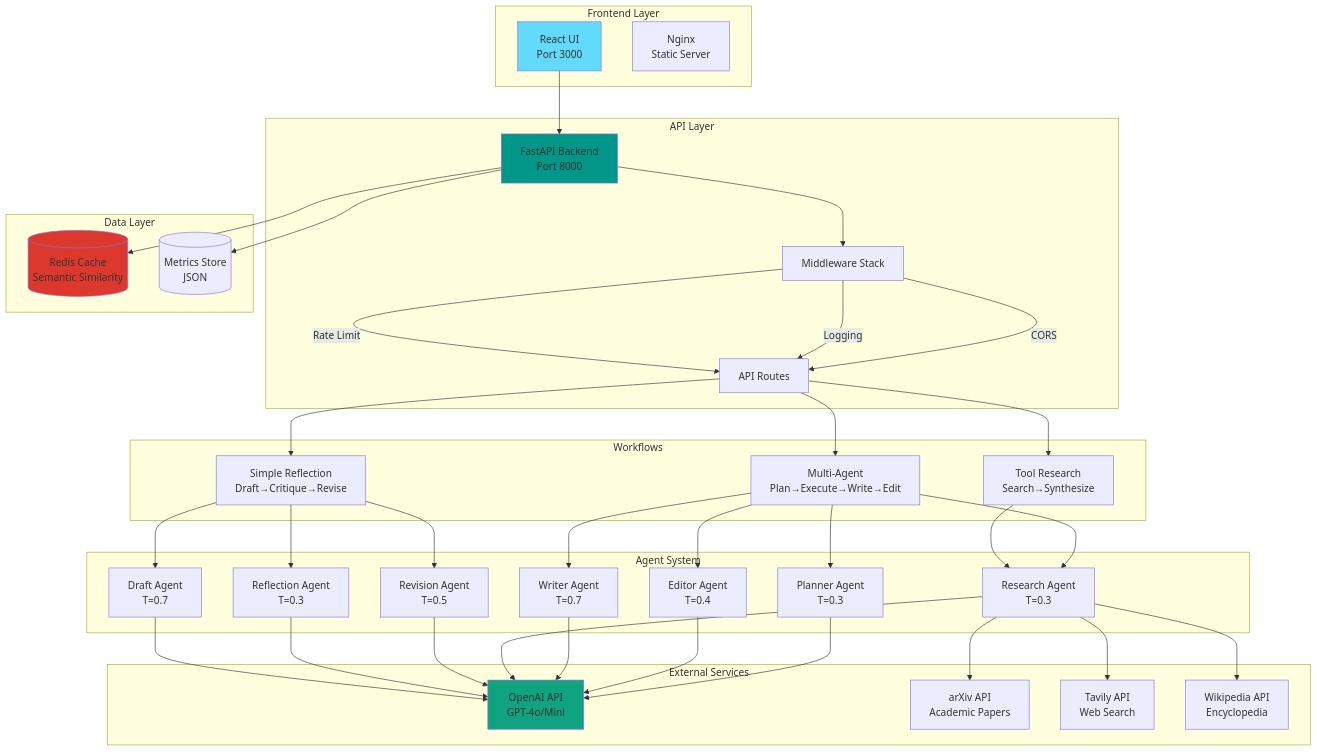
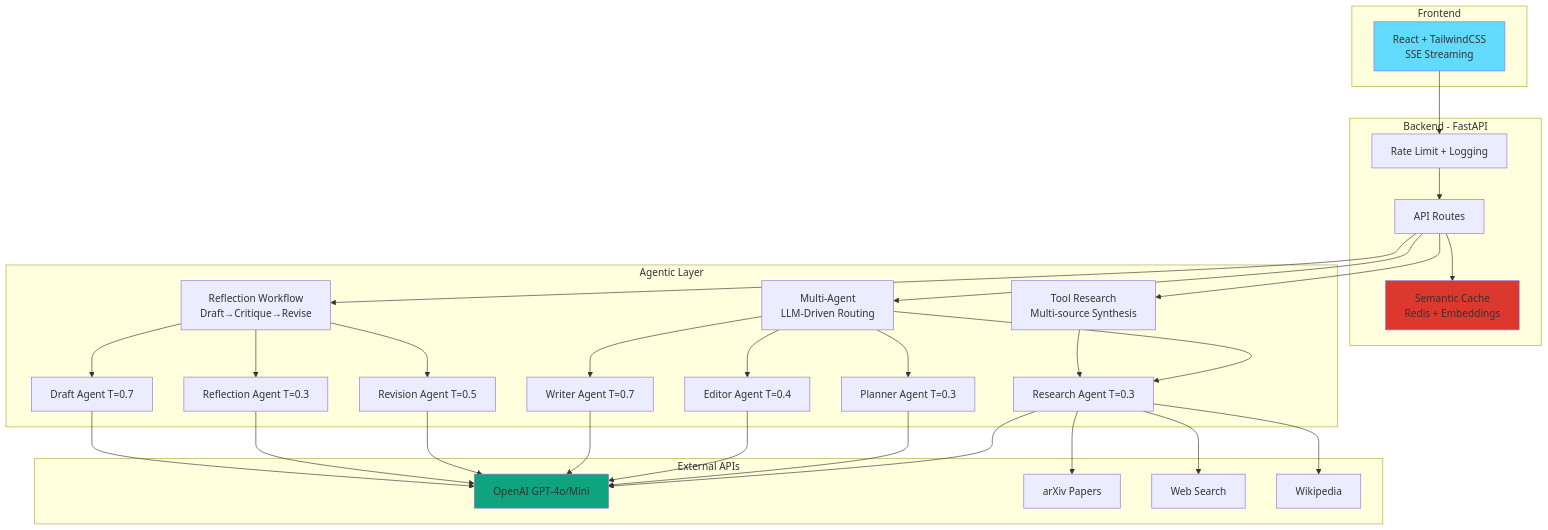
Before and after one commit to asall94/agentic-ai-research-platform: the diagram in README.md, drawn with Mermaid. The commit also changed other lines of this file and 23 other files, not shown here.

Commit message:
Add real-time streaming progress display for Tool Research and Multi-Agent workflows

````diff
--- a/README.md
+++ b/README.md
@@ -17,81 +42,50 @@
 ```mermaid
 graph TB
-    subgraph "Frontend Layer"
-        UI[React UI<br/>Port 3000]
-        NGINX[Nginx<br/>Static Server]
+    subgraph "Frontend"
+        UI[React + TailwindCSS<br/>SSE Streaming]
     end
     
-    subgraph "API Layer"
-        API[FastAPI Backend<br/>Port 8000]
-        MIDDLEWARE[Middleware Stack]
-        ROUTES[API Routes]
+    subgraph "Backend - FastAPI"
+        API[API Routes]
+        CACHE[Semantic Cache<br/>Redis + Embeddings]
+        MIDDLEWARE[Rate Limit + Logging]
     end
     
-    subgraph "Agent System"
-        DRAFT[Draft Agent<br/>T=0.7]
-        REFLECT[Reflection Agent<br/>T=0.3]
-        REVISE[Revision Agent<br/>T=0.5]
-        RESEARCH[Research Agent<br/>T=0.3]
-        WRITER[Writer Agent<br/>T=0.7]
-        EDITOR[Editor Agent<br/>T=0.4]
-        PLANNER[Planner Agent<br/>T=0.3]
+    subgraph "Agentic Layer"
+        WF1[Reflection Workflow<br/>Draft→Critique→Revise]
+        WF2[Tool Research<br/>Multi-source Synthesis]
+        WF3[Multi-Agent<br/>LLM-Driven Routing]
+        
+        DRAFT[Draft Agent T=0.7]
+        REFLECT[Reflection Agent T=0.3]
+        REVISE[Revision Agent T=0.5]
+        RESEARCH[Research Agent T=0.3]
+        WRITER[Writer Agent T=0.7]
+        EDITOR[Editor Agent T=0.4]
+        PLANNER[Planner Agent T=0.3]
     end
     
-    subgraph "Workflows"
-        WF1[Simple Reflection<br/>Draft→Critique→Revise]
-        WF2[Tool Research<br/>Search→Synthesize]
-        WF3[Multi-Agent<br/>Plan→Execute→Write→Edit]
+    subgraph "External APIs"
+        OPENAI[OpenAI GPT-4o/Mini]
+        ARXIV[arXiv Papers]
+        TAVILY[Web Search]
+        WIKI[Wikipedia]
     end
     
-    subgraph "External Services"
-        OPENAI[OpenAI API<br/>GPT-4o/Mini]
-        ARXIV[arXiv API<br/>Academic Papers]
-        TAVILY[Tavily API<br/>Web Search]
-        WIKI[Wikipedia API<br/>Encyclopedia]
-    end
+    UI --> MIDDLEWARE
+    MIDDLEWARE --> API
+    API --> CACHE
     
-    subgraph "Data Layer"
-        REDIS[(Redis Cache<br/>Semantic Similarity)]
-        METRICS[(Metrics Store<br/>JSON)]
-    end
+    API --> WF1 & WF2 & WF3
     
-    UI --> API
-    API --> MIDDLEWARE
-    MIDDLEWARE --> |Rate Limit| ROUTES
-    MIDDLEWARE --> |Logging| ROUTES
-    MIDDLEWARE --> |CORS| ROUTES
+    WF1 --> DRAFT & REFLECT & REVISE
+    WF2 --> RESEARCH
+    WF3 --> PLANNER & RESEARCH & WRITER & EDITOR
     
-    ROUTES --> WF1
-    ROUTES --> WF2
-    ROUTES --> WF3
-    
-    WF1 --> DRAFT
-    WF1 --> REFLECT
-    WF1 --> REVISE
-    
-    WF2 --> RESEARCH
-    
-    WF3 --> PLANNER
-    WF3 --> RESEARCH
-    WF3 --> WRITER
-    WF3 --> EDITOR
-    
-    DRAFT --> OPENAI
-    REFLECT --> OPENAI
-    REVISE --> OPENAI
-    RESEARCH --> OPENAI
-    RESEARCH --> ARXIV
-    RESEARCH --> TAVILY
-    RESEARCH --> WIKI
-    WRITER --> OPENAI
-    EDITOR --> OPENAI
-    PLANNER --> OPENAI
-    
-    API --> REDIS
-    API --> METRICS
+    DRAFT & REFLECT & REVISE & WRITER & EDITOR & PLANNER --> OPENAI
+    RESEARCH --> OPENAI & ARXIV & TAVILY & WIKI
     
     style UI fill:#61dafb
-    style API fill:#009688
+    style CACHE fill:#dc382d
     style OPENAI fill:#10a37f
-    style REDIS fill:#dc382d
 ```
````
